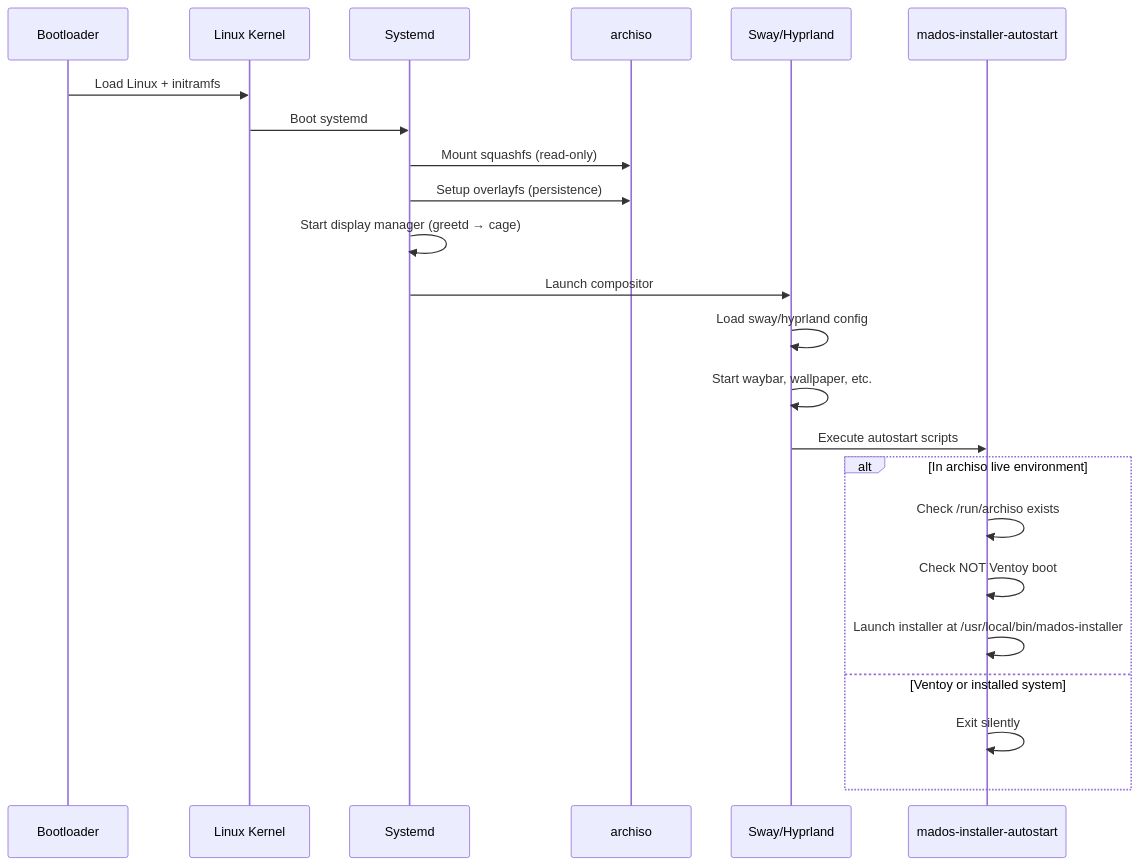
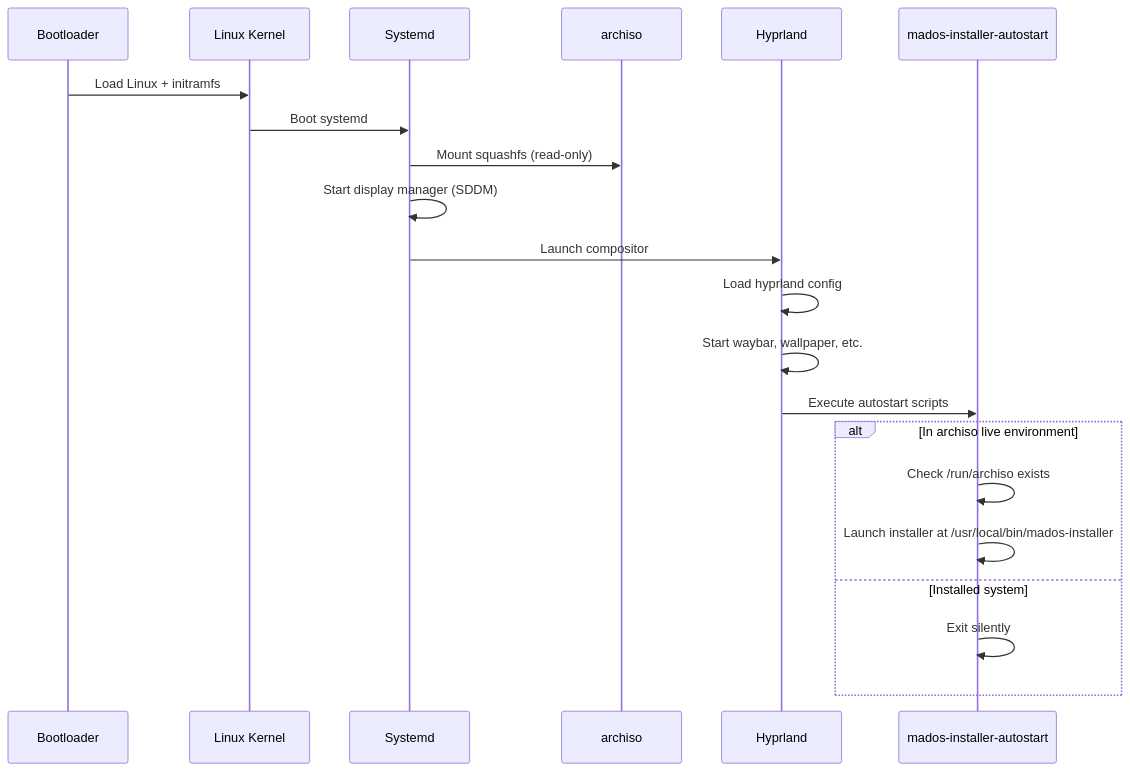
Before and after one commit to madoslinux/mad-os: the second of 4 diagrams in docs/SEQUENCE_DIAGRAMS.md, drawn with Mermaid. The commit also changed other lines of this file and 83 other files, not shown here.

First line of the commit message:
wayland-only: remove X11/i3/sway, fix SDDM session, skwd-wall integration

````diff
--- a/docs/SEQUENCE_DIAGRAMS.md
+++ b/docs/SEQUENCE_DIAGRAMS.md
@@ -35,28 +35,26 @@
 ```mermaid
 sequenceDiagram
     participant B as Bootloader
     participant K as Linux Kernel
     participant S as Systemd
     participant A as archiso
-    participant W as Sway/Hyprland
+    participant W as Hyprland
     participant I as mados-installer-autostart
 
     B->>K: Load Linux + initramfs
     K->>S: Boot systemd
     S->>A: Mount squashfs (read-only)
-    S->>A: Setup overlayfs (persistence)
-    S->>S: Start display manager (greetd → cage)
+    S->>S: Start display manager (SDDM)
     
     S->>W: Launch compositor
-    W->>W: Load sway/hyprland config
+    W->>W: Load hyprland config
     W->>W: Start waybar, wallpaper, etc.
     
     W->>I: Execute autostart scripts
     alt In archiso live environment
         I->>I: Check /run/archiso exists
-        I->>I: Check NOT Ventoy boot
         I->>I: Launch installer at /usr/local/bin/mados-installer
-    else Ventoy or installed system
+    else Installed system
         I->>I: Exit silently
     end
 ```
````
